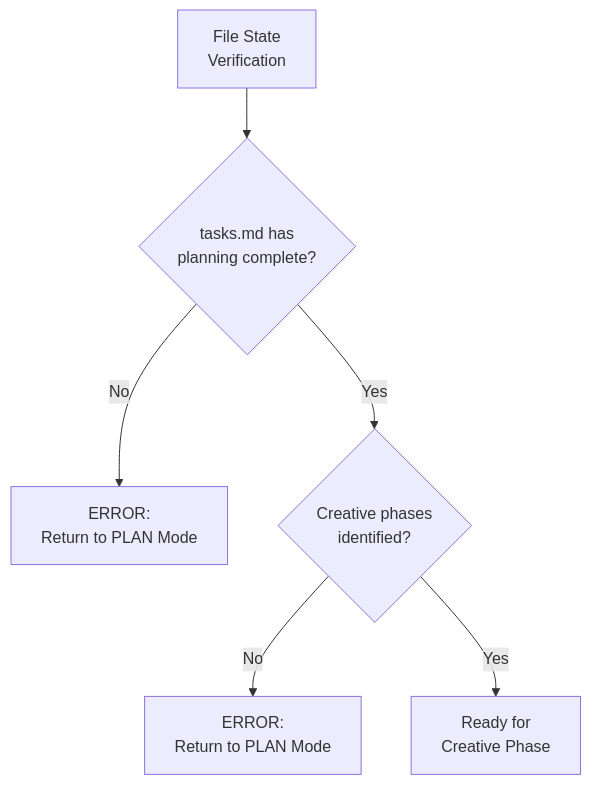
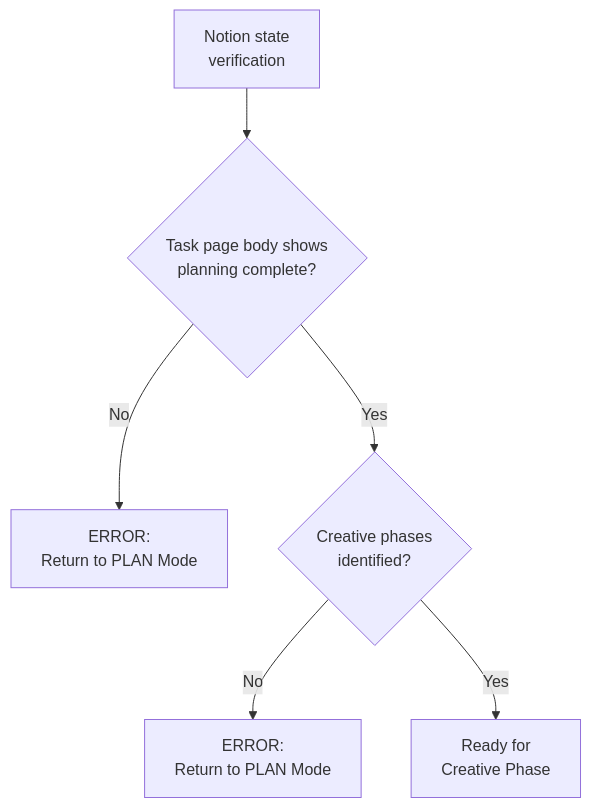
One commit to xianzhu21/cursor-memory-notion changed the fourth of 4 diagrams in .cursor/rules/isolation_rules/visual-maps/creative-mode-map.mdc. Above: the diagram before and after it, drawn with Mermaid. The commit also changed other lines of this file and 37 other files, not shown here.

````diff
--- a/.cursor/rules/isolation_rules/visual-maps/creative-mode-map.mdc
+++ b/.cursor/rules/isolation_rules/visual-maps/creative-mode-map.mdc
@@ -127,10 +131,10 @@
 ```mermaid
 graph TD
-    Start["File State<br>Verification"] --> CheckTasks{"tasks.md has<br>planning complete?"}
+    Start["Notion state<br>verification"] --> CheckTasks{"Task page body shows<br>planning complete?"}
     
     CheckTasks -->|"No"| ErrorPlan["ERROR:<br>Return to PLAN Mode"]
     CheckTasks -->|"Yes"| CheckCreative{"Creative phases<br>identified?"}
     
     CheckCreative -->|"No"| ErrorCreative["ERROR:<br>Return to PLAN Mode"]
     CheckCreative -->|"Yes"| ReadyCreative["Ready for<br>Creative Phase"]
 ```
````
